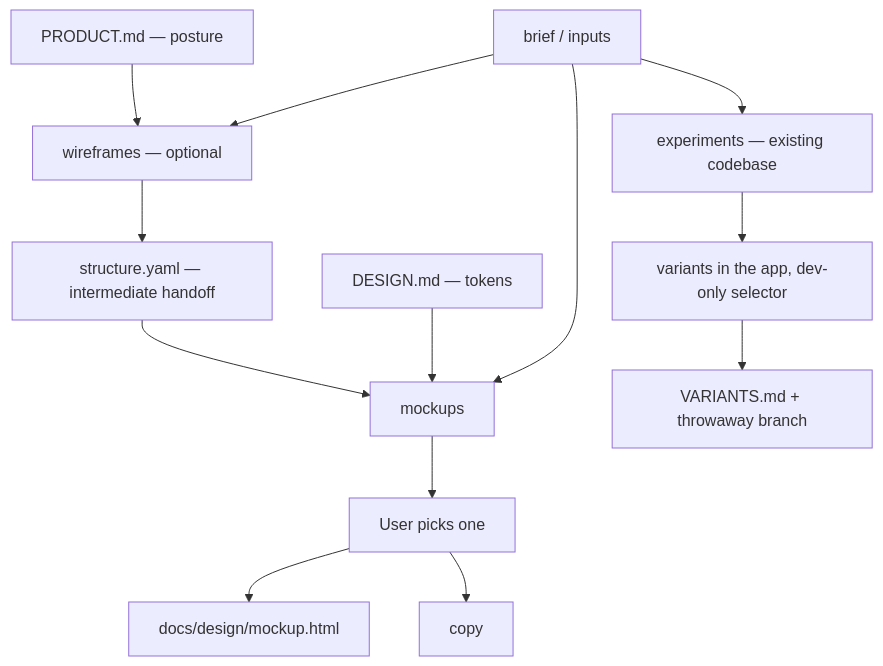
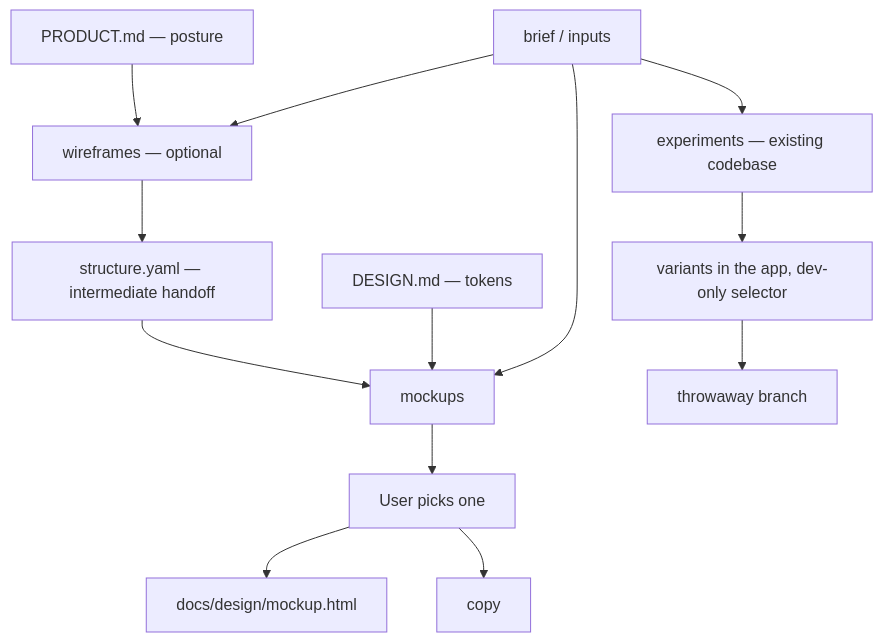
One commit to adeonir/agent-skills changed the diagram in skills/product/craft-ui/README.md. Above: the diagram before and after it, drawn with Mermaid. The commit also changed other lines of this file and 11 other files, not shown here.

````diff
--- a/skills/product/craft-ui/README.md
+++ b/skills/product/craft-ui/README.md
@@ -7,15 +7,15 @@
 ```mermaid
 flowchart TD
     I[brief / inputs] --> W[wireframes — optional]
     P[PRODUCT.md — posture] --> W
     W --> S[structure.yaml — intermediate handoff]
     S --> M[mockups]
     I --> M
     D[DESIGN.md — tokens] --> M
     M --> Pick[User picks one]
     Pick --> F[docs/design/mockup.html]
     Pick --> C[copy]
     I --> E[experiments — existing codebase]
     E --> V[variants in the app, dev-only selector]
-    V --> R[VARIANTS.md + throwaway branch]
+    V --> R[throwaway branch]
 ```
````
